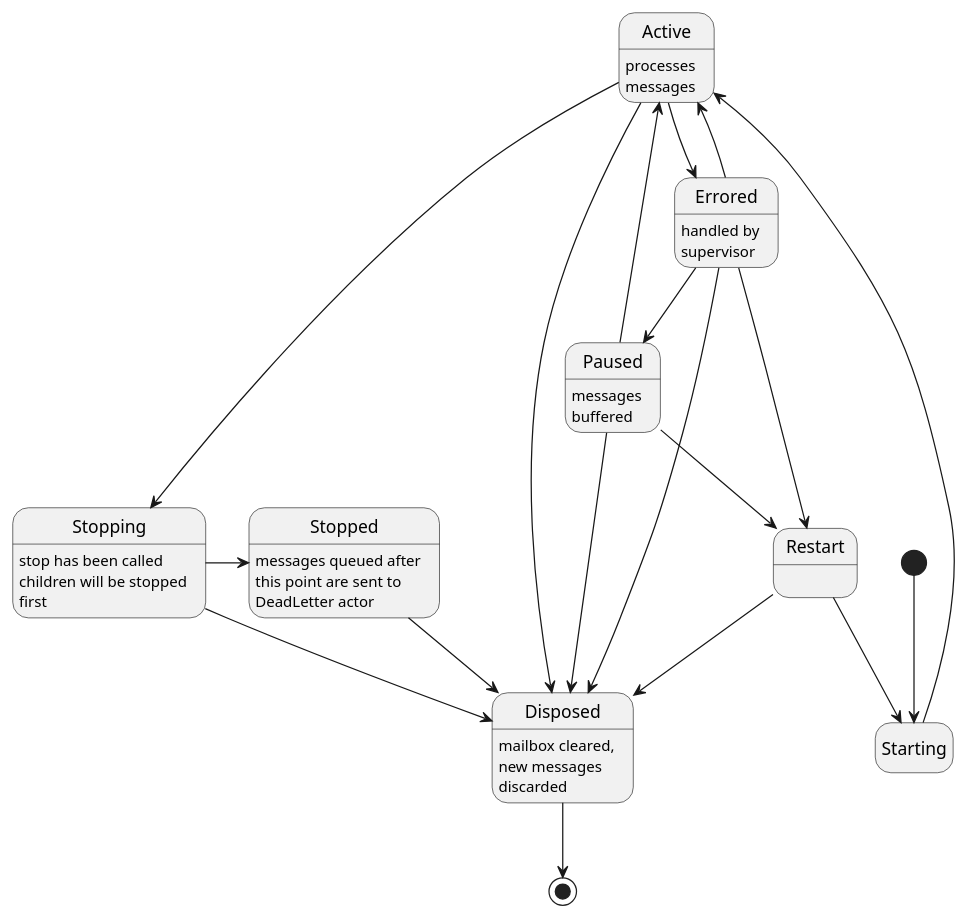
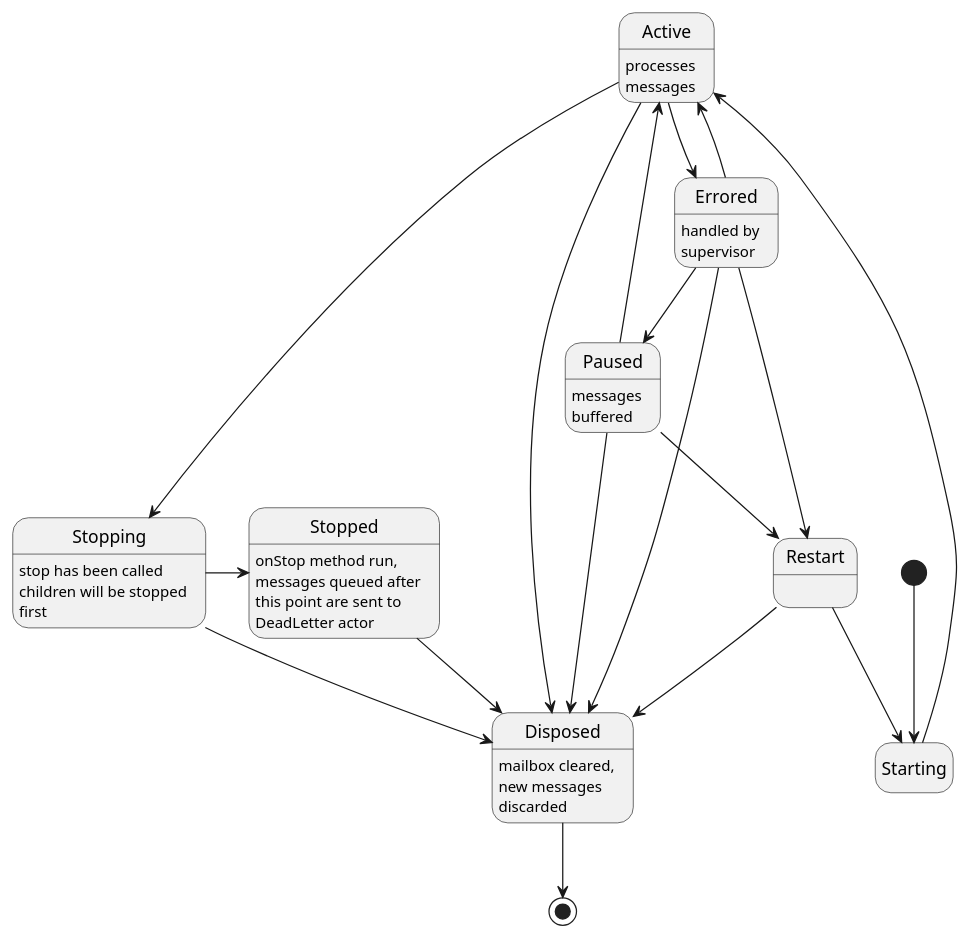
Before and after one commit to davidmoten/reels: the diagram in src/main/plantuml/state-diagram.puml, drawn with PlantUML.

```diff
--- a/src/main/plantuml/state-diagram.puml
+++ b/src/main/plantuml/state-diagram.puml
@@ -1,30 +1,30 @@
 @startuml
 hide empty description
 [*] --> Starting 
 Starting --> Active
 Active --> Stopping
 Stopping -> Stopped
 Active --> Disposed
 Stopping --> Disposed
 Stopped --> Disposed
 Paused --> Restart
 Paused --> Active
 Restart --> Starting
 Paused --> Disposed
 Disposed --> [*]
 Active --> Errored
 Errored --> Active
 Errored --> Disposed
 Errored --> Restart
 Errored --> Paused
 Restart --> Disposed
 
 Active: processes\nmessages
 Stopping: stop has been called\nchildren will be stopped\nfirst
-Stopped: messages queued after\nthis point are sent to\nDeadLetter actor
+Stopped: onStop method run,\nmessages queued after\nthis point are sent to\nDeadLetter actor
 Paused: messages\nbuffered
 Disposed: mailbox cleared,\nnew messages\ndiscarded
 Errored: handled by\nsupervisor
 Restart: 
 
 @enduml
```
